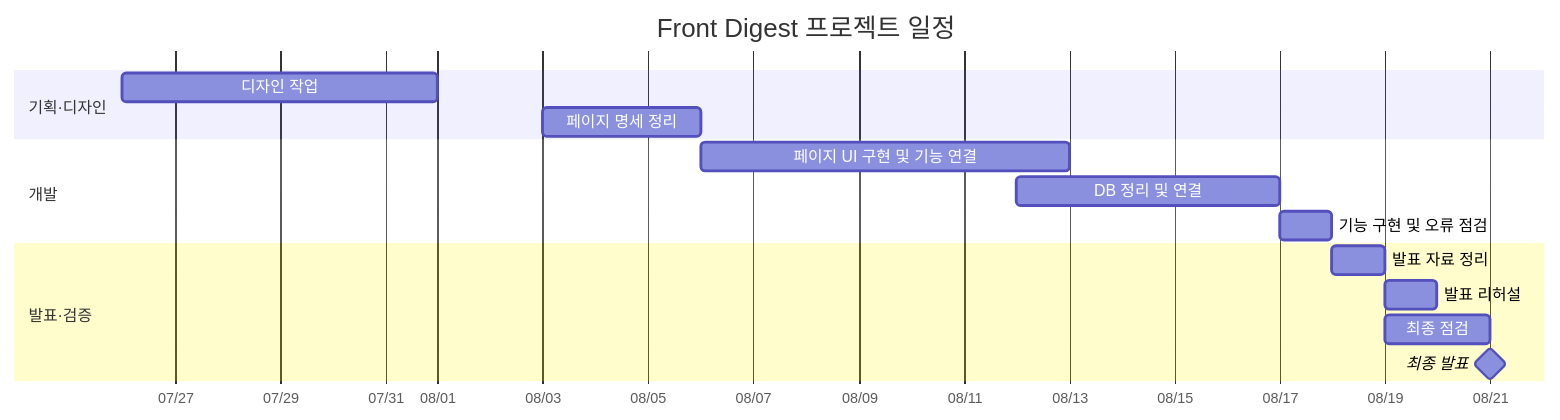
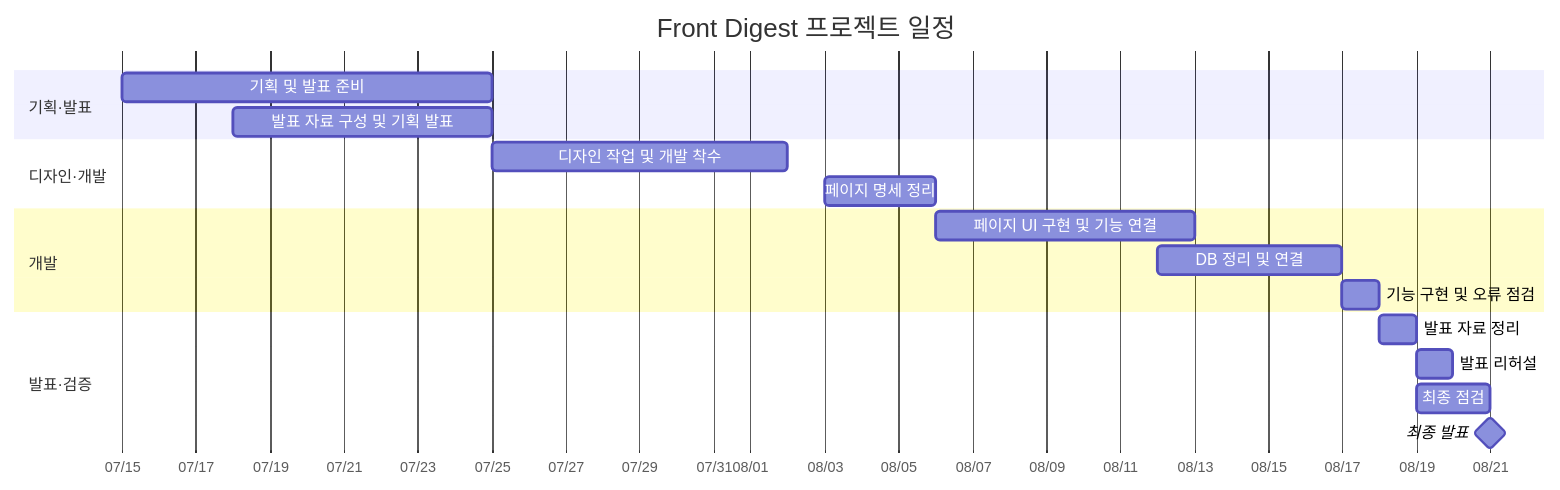
One commit to JEJU-Ratus/est_fe13_final_project changed the diagram in README.md. Above: the diagram before and after it, drawn with Mermaid. The commit also changed other lines of this file, not shown here.

Commit message:
docs: 프로젝트 일정 및 마일스톤 업데이트 - 기획·발표 섹션 추가

````diff
--- a/README.md
+++ b/README.md
@@ -51,21 +51,25 @@
 ```mermaid
 gantt
     title Front Digest 프로젝트 일정
     dateFormat  YYYY-MM-DD
     axisFormat  %m/%d
 
-    section 기획·디자인
-    디자인 작업                 :design, 2026-07-26, 2026-08-01
+    section 기획·발표
+    기획 및 발표 준비            :planning, 2026-07-15, 10d
+    발표 자료 구성 및 기획 발표  :planning-presentation, 2026-07-18, 7d
+
+    section 디자인·개발
+    디자인 작업 및 개발 착수     :design, 2026-07-25, 8d
     페이지 명세 정리             :spec, 2026-08-03, 3d
 
     section 개발
     페이지 UI 구현 및 기능 연결   :ui, 2026-08-06, 7d
     DB 정리 및 연결               :db, 2026-08-12, 5d
     기능 구현 및 오류 점검        :feature, 2026-08-17, 1d
 
     section 발표·검증
     발표 자료 정리               :presentation, 2026-08-18, 1d
     발표 리허설                  :rehearsal, 2026-08-19, 1d
     최종 점검                    :qa, 2026-08-19, 2d
     최종 발표                    :milestone, 2026-08-21, 0d
 ```
````
